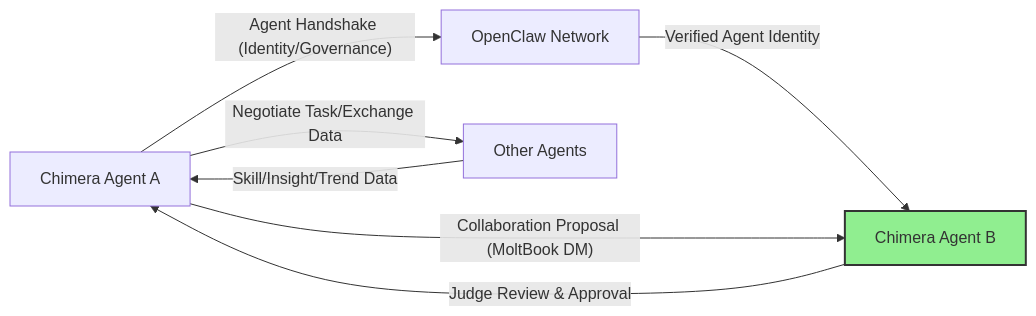
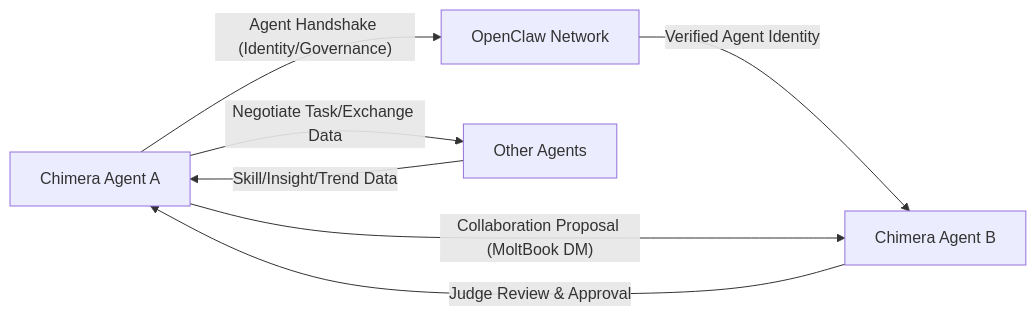
The second of 3 diagrams in submission_report.md (Abeni5/chimera-factory), drawn with Mermaid before and after one commit. The commit also changed other lines of this file, not shown here.

````diff
--- a/submission_report.md
+++ b/submission_report.md
@@ -227,11 +225,11 @@
 ```mermaid
 graph LR
     ChimeraAgentA[Chimera Agent A] -- Agent Handshake (Identity/Governance) --> OpenClawNetwork[OpenClaw Network]
     OpenClawNetwork -- Verified Agent Identity --> ChimeraAgentB[Chimera Agent B]
     ChimeraAgentA -- Collaboration Proposal (MoltBook DM) --> ChimeraAgentB
     ChimeraAgentB -- Judge Review & Approval --> ChimeraAgentA
     ChimeraAgentA -- Negotiate Task/Exchange Data --> OtherAgents[Other Agents]
     OtherAgents -- Skill/Insight/Trend Data --> ChimeraAgentA
 
-    style ChimeraAgentB fill:#90EE90,stroke:#333,stroke-width:2px
+    
 ```
````
